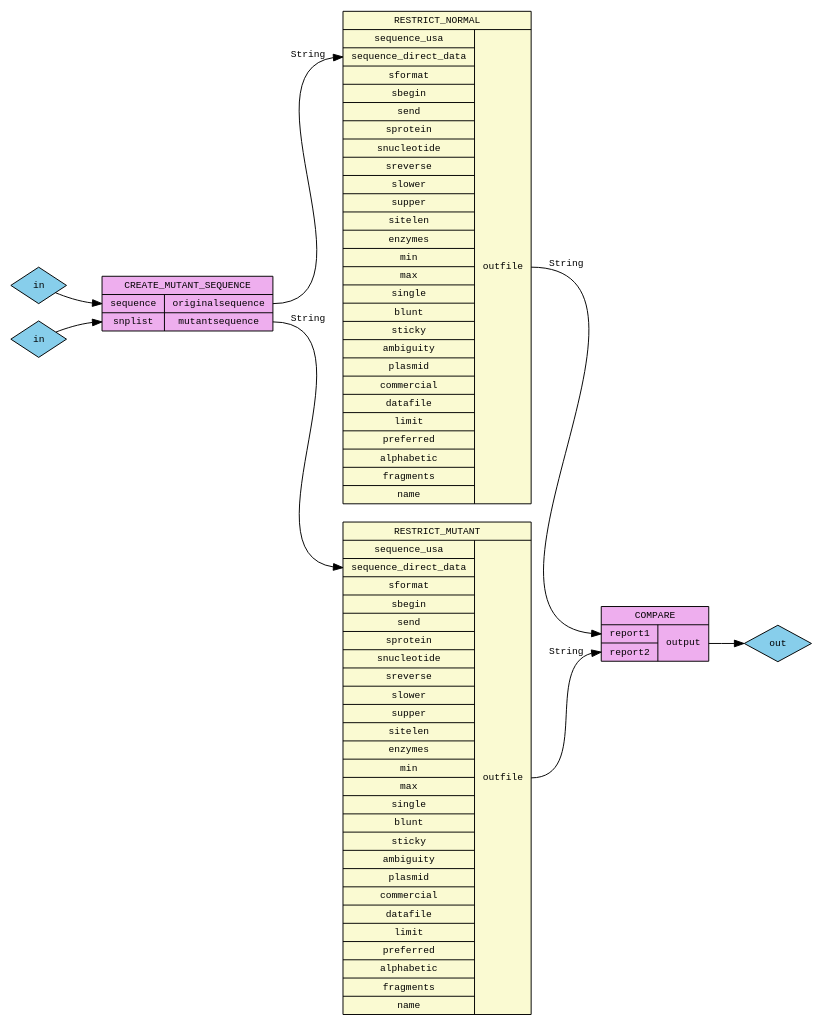
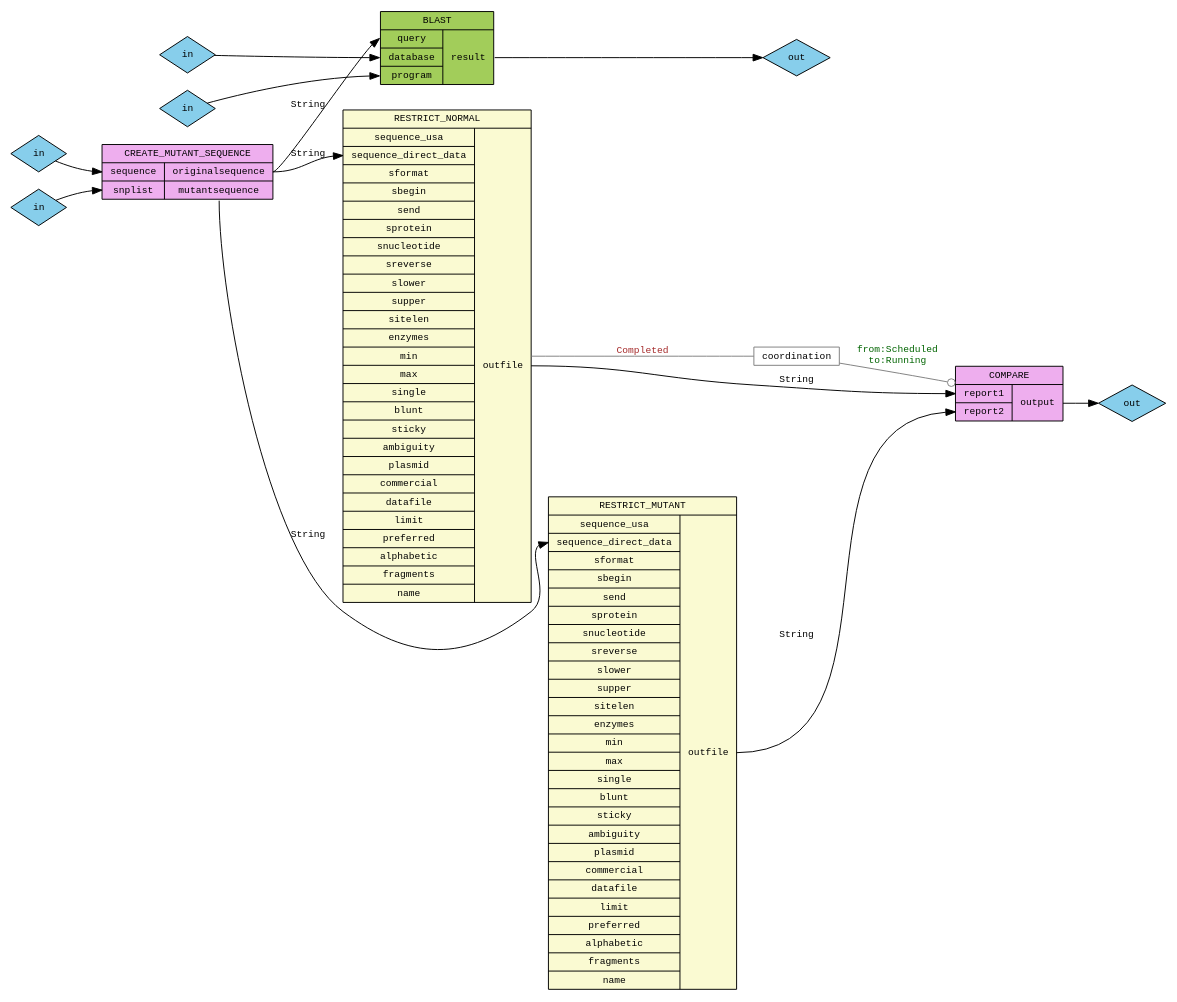
Before and after one commit to taverna/taverna-svn: the diagram in trunk/taverna1.0/hybridworkflow/workflow.all.dot, drawn with Graphviz. The commit also changed 6 other files, not shown here.

```diff
--- a/trunk/taverna1.0/hybridworkflow/workflow.all.dot
+++ b/trunk/taverna1.0/hybridworkflow/workflow.all.dot
@@ -1,69 +1,121 @@
 digraph scufl_graph {
  graph [             
   style=""         
   rankdir="LR"     
  ]                   
  node [              
   fontname="Courier",         
   fontsize="10",              
   fontcolor="black",  
   shape="record",             
   color="black",               
   fillcolor="lightgoldenrodyellow",
   style="filled"  
  ];
 
  edge [                         
   fontname="Courier",         
   fontsize="10",              
   fontcolor="black",  
   color="black"                
  ];
 
+ externalblastdatabase [
+  shape="diamond",
+  width="0",
+  height="0",
+  fillcolor="skyblue",
+  label="in"
+ ]
+ externalblastdatabase->blast:database;
+ externalblastprogram [
+  shape="diamond",
+  width="0",
+  height="0",
+  fillcolor="skyblue",
+  label="in"
+ ]
+ externalblastprogram->blast:program;
+ externalblastresult [
+  shape="diamond",
+  width="0",
+  height="0",
+  fillcolor="skyblue",
+  label="out"
+ ]
+ blast:result->externalblastresult;
  externalcompareoutput [
   shape="diamond",
   width="0",
   height="0",
   fillcolor="skyblue",
   label="out"
  ]
  compare:output->externalcompareoutput;
  externalcreate_mutant_sequencesequence [
   shape="diamond",
   width="0",
   height="0",
   fillcolor="skyblue",
   label="in"
  ]
  externalcreate_mutant_sequencesequence->create_mutant_sequence:sequence;
  externalcreate_mutant_sequencesnplist [
   shape="diamond",
   width="0",
   height="0",
   fillcolor="skyblue",
   label="in"
  ]
  externalcreate_mutant_sequencesnplist->create_mutant_sequence:snplist;
+ blast [ 
+  fillcolor = "darkolivegreen3",
+  label = "{BLAST}|{{<query>query|<database>database|<program>program}|{<result>result}}"
+ ];
  compare [ 
   fillcolor = "plum2",
   label = "{COMPARE}|{{<report1>report1|<report2>report2}|{<output>output}}"
- ];              
+ ];
  restrict_normal [ 
   label = "{RESTRICT_NORMAL}|{{<sequence_usa>sequence_usa|<sequence_direct_data>sequence_direct_data|<sformat>sformat|<sbegin>sbegin|<send>send|<sprotein>sprotein|<snucleotide>snucleotide|<sreverse>sreverse|<slower>slower|<supper>supper|<sitelen>sitelen|<enzymes>enzymes|<min>min|<max>max|<single>single|<blunt>blunt|<sticky>sticky|<ambiguity>ambiguity|<plasmid>plasmid|<commercial>commercial|<datafile>datafile|<limit>limit|<preferred>preferred|<alphabetic>alphabetic|<fragments>fragments|<name>name}|{<outfile>outfile}}"
- ];              
+ ];
  restrict_mutant [ 
   label = "{RESTRICT_MUTANT}|{{<sequence_usa>sequence_usa|<sequence_direct_data>sequence_direct_data|<sformat>sformat|<sbegin>sbegin|<send>send|<sprotein>sprotein|<snucleotide>snucleotide|<sreverse>sreverse|<slower>slower|<supper>supper|<sitelen>sitelen|<enzymes>enzymes|<min>min|<max>max|<single>single|<blunt>blunt|<sticky>sticky|<ambiguity>ambiguity|<plasmid>plasmid|<commercial>commercial|<datafile>datafile|<limit>limit|<preferred>preferred|<alphabetic>alphabetic|<fragments>fragments|<name>name}|{<outfile>outfile}}"
- ];              
+ ];
  create_mutant_sequence [ 
   fillcolor = "plum2",
   label = "{CREATE_MUTANT_SEQUENCE}|{{<sequence>sequence|<snplist>snplist}|{<originalsequence>originalsequence|<mutantsequence>mutantsequence}}"
- ];              
+ ];
+ create_mutant_sequence:originalsequence->blast:query [ 
+  label = "String" ];
  restrict_normal:outfile->compare:report1 [ 
   label = "String" ];
  restrict_mutant:outfile->compare:report2 [ 
   label = "String" ];
  create_mutant_sequence:originalsequence->restrict_normal:sequence_direct_data [ 
   label = "String" ];
  create_mutant_sequence:mutantsequence->restrict_mutant:sequence_direct_data [ 
   label = "String" ];
+ constrainttestcoordination [
+  shape="rectangle",
+  fillcolor="white",
+  height="0",
+  width="0",
+  color="gray",
+  label="coordination"
+ ]
+ restrict_normal->constrainttestcoordination [
+  arrowhead="none",
+  arrowtail="dot",
+  color="gray",
+  fontcolor="brown",
+  label="Completed"
+ ]
+ constrainttestcoordination->compare [
+  arrowhead="odot",
+  arrowtail="none",
+  color="gray",
+  fontcolor="darkgreen",
+  label="from:Scheduled\nto:Running"
+ ];
 }
```
